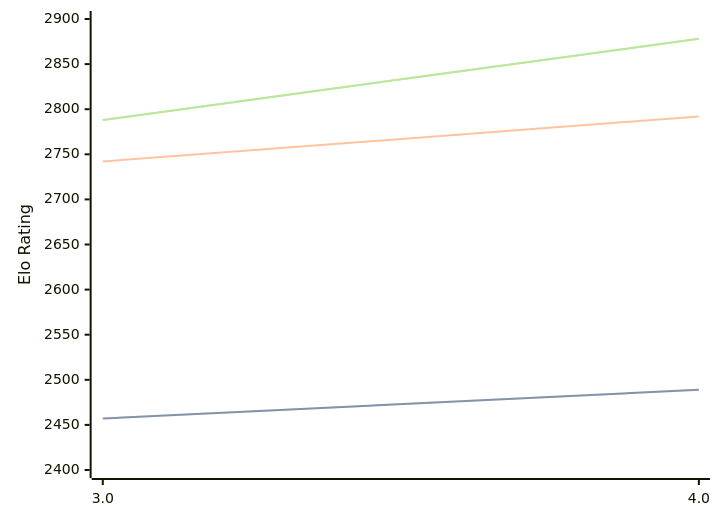
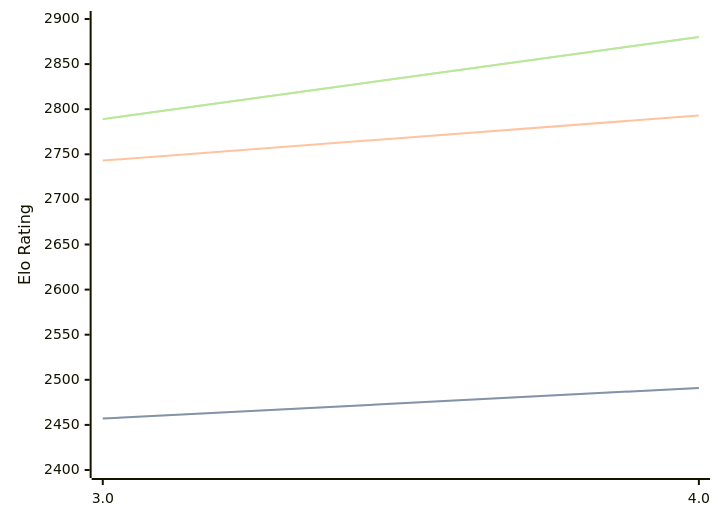
The diagram in engines/Chess3.md (computer-chess-index/cci), drawn with Mermaid before and after one commit. The commit also changed other lines of this file, not shown here.

Commit message:
Update CCI Ratings (ELO VLTC) - 2026-08-15

````diff
--- a/engines/Chess3.md
+++ b/engines/Chess3.md
@@ -32,11 +32,11 @@
 ```mermaid
 %%{init: {"theme":"base","themeVariables":{"seriesColors:['#a3a3a3','#222221','#faa371']}}}%%
 xychart-beta
   x-axis ["3.0", "4.0"]
   y-axis "Elo Rating" 2400 --> 2900
-  line "STC (8.0+0.08s)" [2457, 2489]
-  line "STC (8.0+0.08s)" [2457, 2489]
-  line "LTC (60.0+0.60s)" [2742, 2792]
-  line "VLTC (2m24s+1.12s)" [2788, 2878]
-  line "VLTC (2m24s+1.12s)" [2788, 2878]
+  line "STC (8.0+0.08s)" [2457, 2491]
+  line "STC (8.0+0.08s)" [2457, 2491]
+  line "LTC (60.0+0.60s)" [2743, 2793]
+  line "VLTC (2m24s+1.12s)" [2789, 2880]
+  line "VLTC (2m24s+1.12s)" [2789, 2880]
 ```
````
